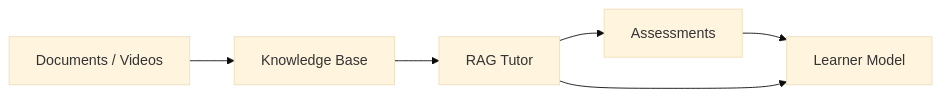
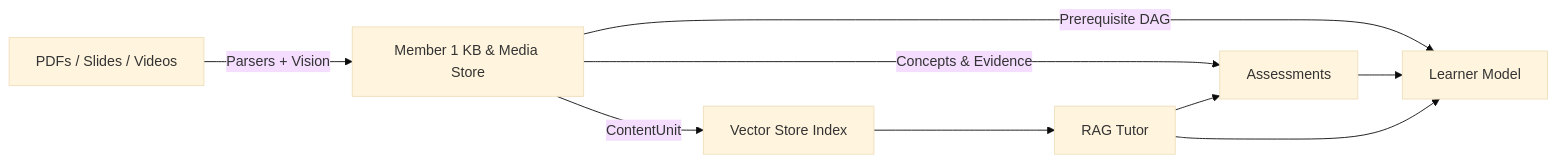
The diagram in README.md (shivampatilck-1010/Multimodal-AI-Hackathon-2026), drawn with Mermaid (base theme) before and after one commit. The commit also changed other lines of this file and 27 other files, not shown here.

Commit message:
feat: implement multimodal ingestion pipeline and knowledge base storage for course materials

````diff
--- a/README.md
+++ b/README.md
@@ -16,8 +18,11 @@
 ```mermaid
 flowchart LR
-    Ingest[Documents / Videos] --> M1[Knowledge Base]
-    M1 --> M2[RAG Tutor]
-    M2 --> M3[Assessments]
-    M3 --> M4[Learner Model]
+    Ingest[PDFs / Slides / Videos] -->|Parsers + Vision| M1[Member 1 KB & Media Store]
+    M1 -->|ContentUnit| KB[Vector Store Index]
+    M1 -->|Concepts & Evidence| M3[Assessments]
+    M1 -->|Prerequisite DAG| M4[Learner Model]
+    KB --> M2[RAG Tutor]
+    M2 --> M3
+    M3 --> M4
     M2 --> M4
 ```
````
